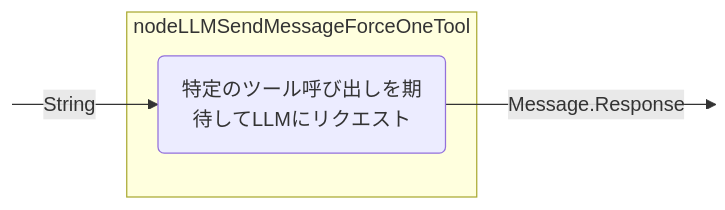
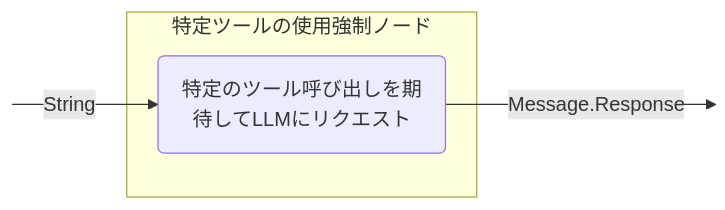
Before and after one commit to BinaryTape/Open-Docs: the fifth of 15 diagrams in docs/ja/koog/nodes-and-components.md, drawn with Mermaid. The commit also changed other lines of this file and 164 other files, not shown here.

````diff
--- a/docs/ja/koog/nodes-and-components.md
+++ b/docs/ja/koog/nodes-and-components.md
@@ -273,13 +273,13 @@
 ```mermaid
 graph LR
     in:::hidden
     out:::hidden
     
-    subgraph node ["nodeLLMSendMessageForceOneTool"]
+    subgraph node ["特定ツールの使用強制ノード"]
         execute(特定のツール呼び出しを期待してLLMにリクエスト)
     end
     
     in --String--> execute --Message.Response--> out
 
     classDef hidden display: none;
 ```
````
